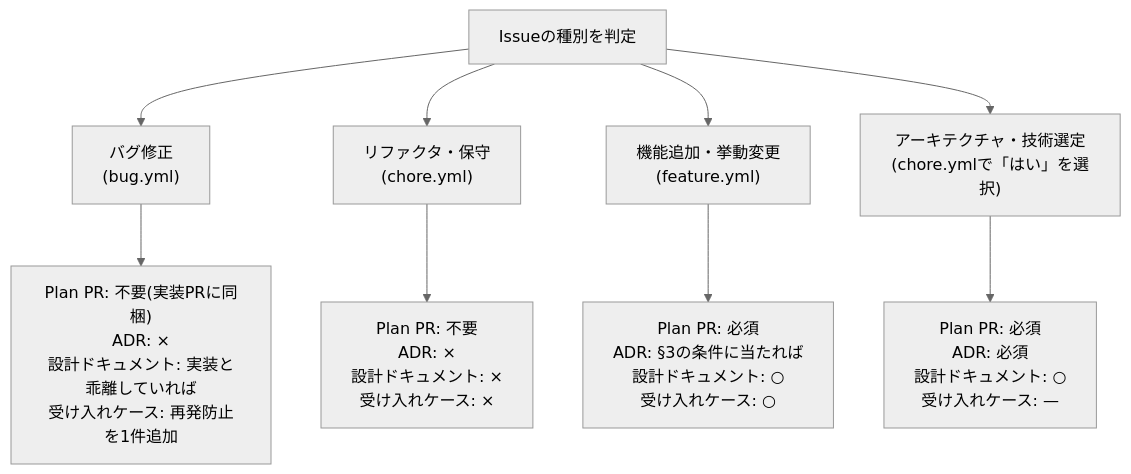
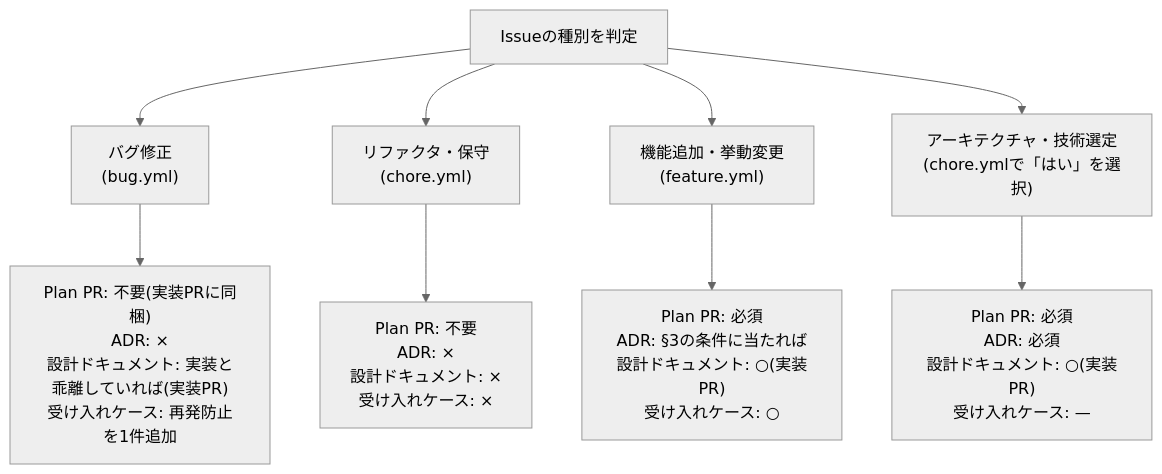
Before and after one commit to ebichan88/swiss-stage: the second of 3 diagrams in .claude/00_project/04_development_process.md, drawn with Mermaid (neutral theme). The commit also changed other lines of this file and 7 other files, not shown here.

````diff
--- a/.claude/00_project/04_development_process.md
+++ b/.claude/00_project/04_development_process.md
@@ -73,12 +78,12 @@
 ```mermaid
 flowchart TD
     S["Issueの種別を判定"] --> BUG["バグ修正<br/>(bug.yml)"]
     S --> CHORE["リファクタ・保守<br/>(chore.yml)"]
     S --> FEAT["機能追加・挙動変更<br/>(feature.yml)"]
     S --> ARCH["アーキテクチャ・技術選定<br/>(chore.ymlで「はい」を選択)"]
 
-    BUG --> BUG_R["Plan PR: 不要(実装PRに同梱)<br/>ADR: ×<br/>設計ドキュメント: 実装と乖離していれば<br/>受け入れケース: 再発防止を1件追加"]
+    BUG --> BUG_R["Plan PR: 不要(実装PRに同梱)<br/>ADR: ×<br/>設計ドキュメント: 実装と乖離していれば(実装PR)<br/>受け入れケース: 再発防止を1件追加"]
     CHORE --> CHORE_R["Plan PR: 不要<br/>ADR: ×<br/>設計ドキュメント: ×<br/>受け入れケース: ×"]
-    FEAT --> FEAT_R["Plan PR: 必須<br/>ADR: §3の条件に当たれば<br/>設計ドキュメント: ○<br/>受け入れケース: ○"]
-    ARCH --> ARCH_R["Plan PR: 必須<br/>ADR: 必須<br/>設計ドキュメント: ○<br/>受け入れケース: —"]
+    FEAT --> FEAT_R["Plan PR: 必須<br/>ADR: §3の条件に当たれば<br/>設計ドキュメント: ○(実装PR)<br/>受け入れケース: ○"]
+    ARCH --> ARCH_R["Plan PR: 必須<br/>ADR: 必須<br/>設計ドキュメント: ○(実装PR)<br/>受け入れケース: —"]
 ```
````
